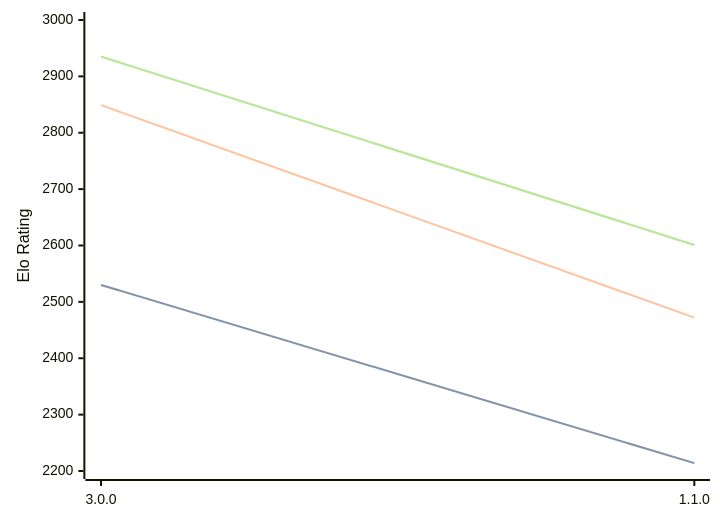
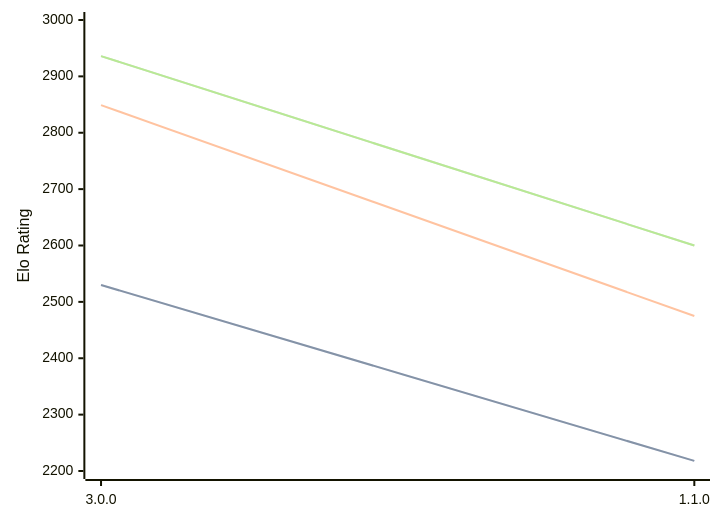
The first of 3 diagrams in engines/Potential.md (computer-chess-index/cci), drawn with Mermaid before and after one commit. The commit also changed other lines of this file, not shown here.

Commit message:
Update CCI Ratings (ELO VLTC) - 2026-07-13

````diff
--- a/engines/Potential.md
+++ b/engines/Potential.md
@@ -34,11 +34,11 @@
 ```mermaid
 %%{init: {"theme":"base","themeVariables":{"seriesColors:['#a3a3a3','#222221','#faa371']}}}%%
 xychart-beta
   x-axis ["3.0.0", "1.1.0"]
   y-axis "Elo Rating" 2200 --> 3000
-  line "STC (8.0+0.08s)" [2530, 2214]
-  line "STC (8.0+0.08s)" [2530, 2214]
-  line "LTC (60.0+0.60s)" [2849, 2472]
-  line "VLTC (2m24s+1.12s)" [2935, 2601]
-  line "VLTC (2m24s+1.12s)" [2935, 2601]
+  line "STC (8.0+0.08s)" [2530, 2218]
+  line "STC (8.0+0.08s)" [2530, 2218]
+  line "LTC (60.0+0.60s)" [2849, 2475]
+  line "VLTC (2m24s+1.12s)" [2936, 2600]
+  line "VLTC (2m24s+1.12s)" [2936, 2600]
 ```
````
